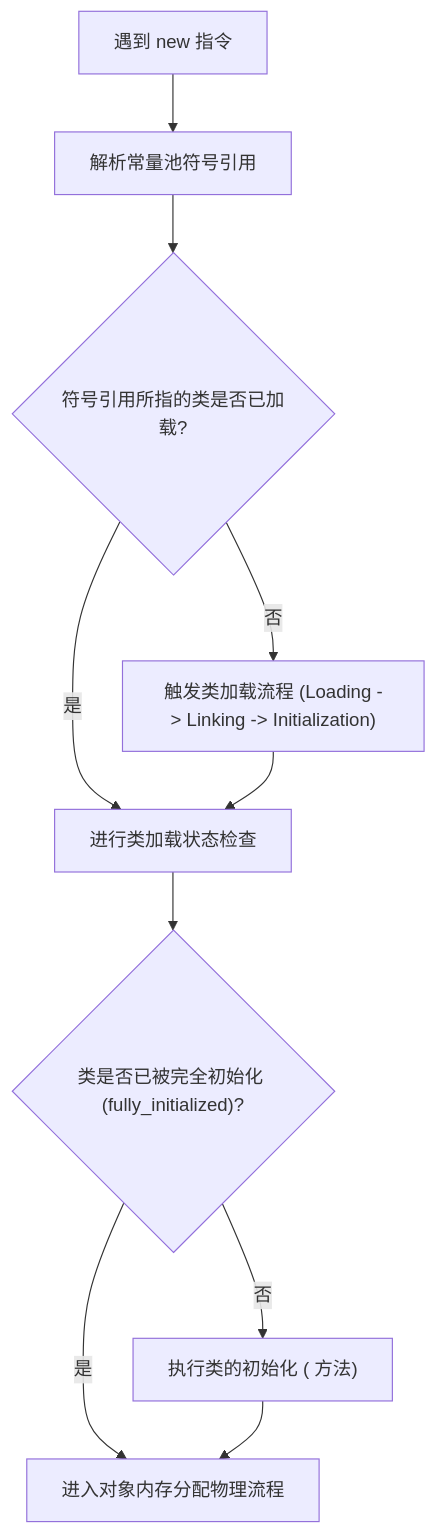
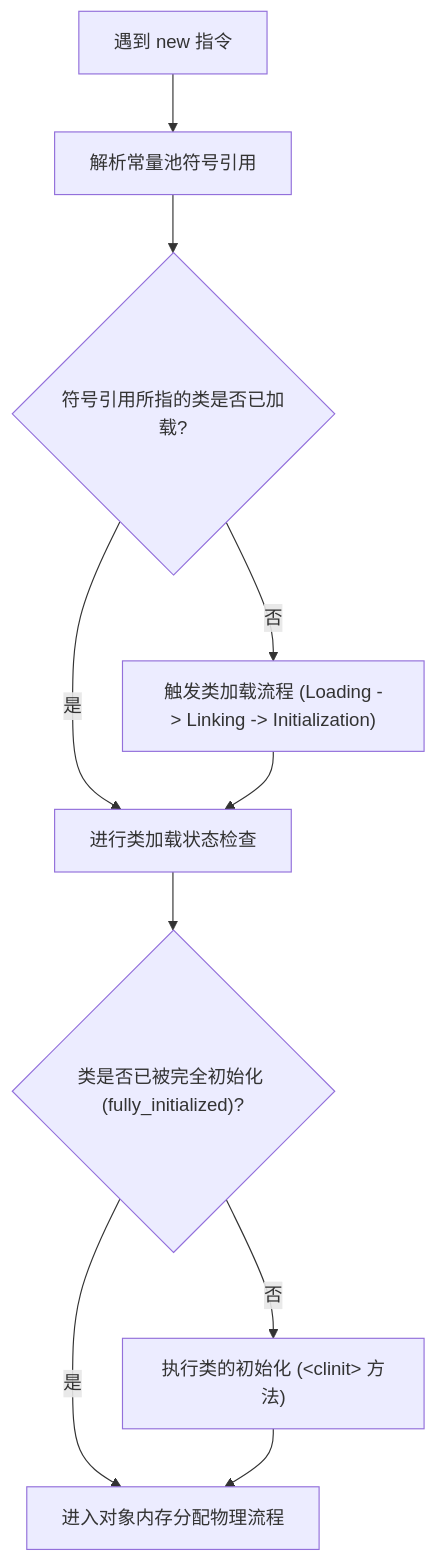
Before and after one commit to iFlicker/AndroidKnowledge: the second of 4 diagrams in docs/2.JVM/2.1.Java虚拟机/2.1.2.HotSpot对象模型/2.1.2.1.对象创建.md, drawn with Mermaid. The commit also changed other lines of this file and 113 other files, not shown here.

````diff
--- a/docs/2.JVM/2.1.Java虚拟机/2.1.2.HotSpot对象模型/2.1.2.1.对象创建.md
+++ b/docs/2.JVM/2.1.Java虚拟机/2.1.2.HotSpot对象模型/2.1.2.1.对象创建.md
@@ -86,12 +86,12 @@
 ```mermaid
 flowchart TD
     A["遇到 new 指令"] --> B["解析常量池符号引用"]
     B --> C{"符号引用所指的类是否已加载?"}
     C -- 否 --> D["触发类加载流程 (Loading -> Linking -> Initialization)"]
     C -- 是 --> E["进行类加载状态检查"]
     D --> E
     E --> F{"类是否已被完全初始化 (fully_initialized)?"}
-    F -- 否 --> G["执行类的初始化 (<clinit> 方法)"]
+    F -- 否 --> G["执行类的初始化 (&lt;clinit&gt; 方法)"]
     F -- 是 --> H["进入对象内存分配物理流程"]
     G --> H
 ```
````
